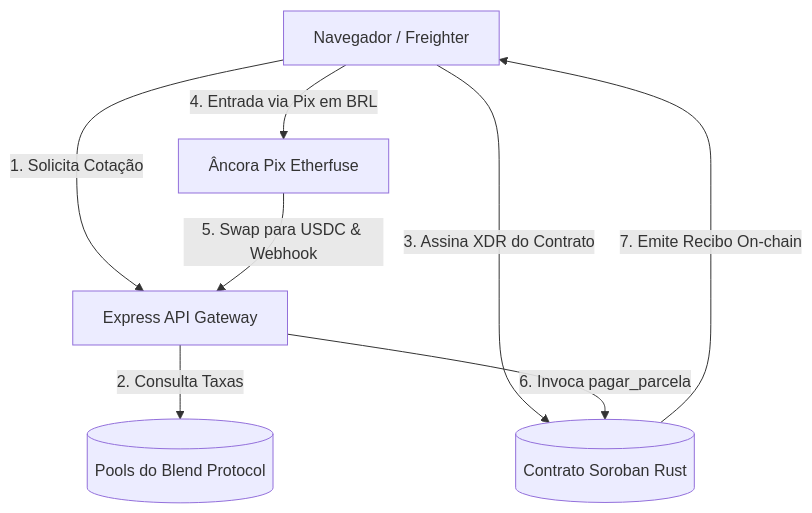
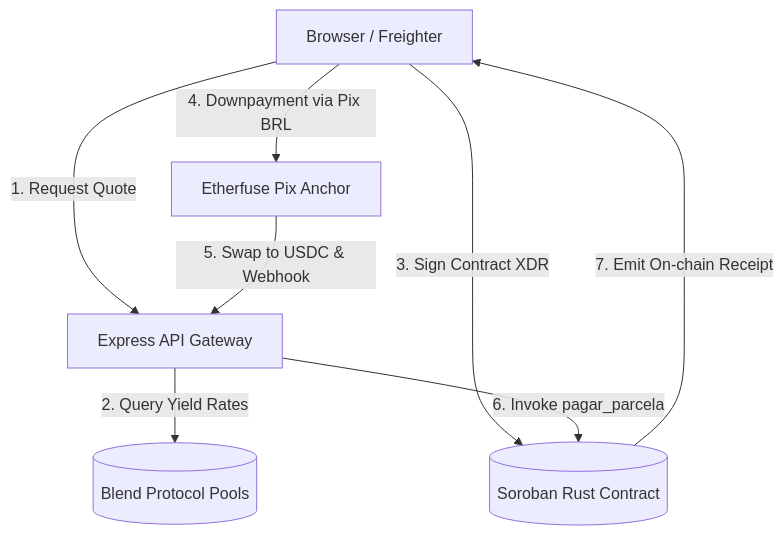
Before and after one commit to Sylopay/sylopay: the diagram in CONTEXT.md, drawn with Mermaid. The commit also changed other lines of this file and 9 other files, not shown here.

Commit message:
docs: translate all technical documentations (README, CONTEXT, Frontend PDF & specs) to English and add OpenAPI Swagger to Express gateway

````diff
--- a/CONTEXT.md
+++ b/CONTEXT.md
@@ -11,10 +11,10 @@
 ```mermaid
 graph TD
-    Cliente[Navegador / Freighter] -->|1. Solicita Cotação| API[Express API Gateway]
-    API -->|2. Consulta Taxas| Blend[(Pools do Blend Protocol)]
-    Cliente -->|3. Assina XDR do Contrato| Soroban[(Contrato Soroban Rust)]
-    Cliente -->|4. Entrada via Pix em BRL| Etherfuse[Âncora Pix Etherfuse]
-    Etherfuse -->|5. Swap para USDC & Webhook| API
-    API -->|6. Invoca pagar_parcela| Soroban
-    Soroban -->|7. Emite Recibo On-chain| Cliente
+    Cliente[Browser / Freighter] -->|1. Request Quote| API[Express API Gateway]
+    API -->|2. Query Yield Rates| Blend[(Blend Protocol Pools)]
+    Cliente -->|3. Sign Contract XDR| Soroban[(Soroban Rust Contract)]
+    Cliente -->|4. Downpayment via Pix BRL| Etherfuse[Etherfuse Pix Anchor]
+    Etherfuse -->|5. Swap to USDC & Webhook| API
+    API -->|6. Invoke pagar_parcela| Soroban
+    Soroban -->|7. Emit On-chain Receipt| Cliente
 ```
````
